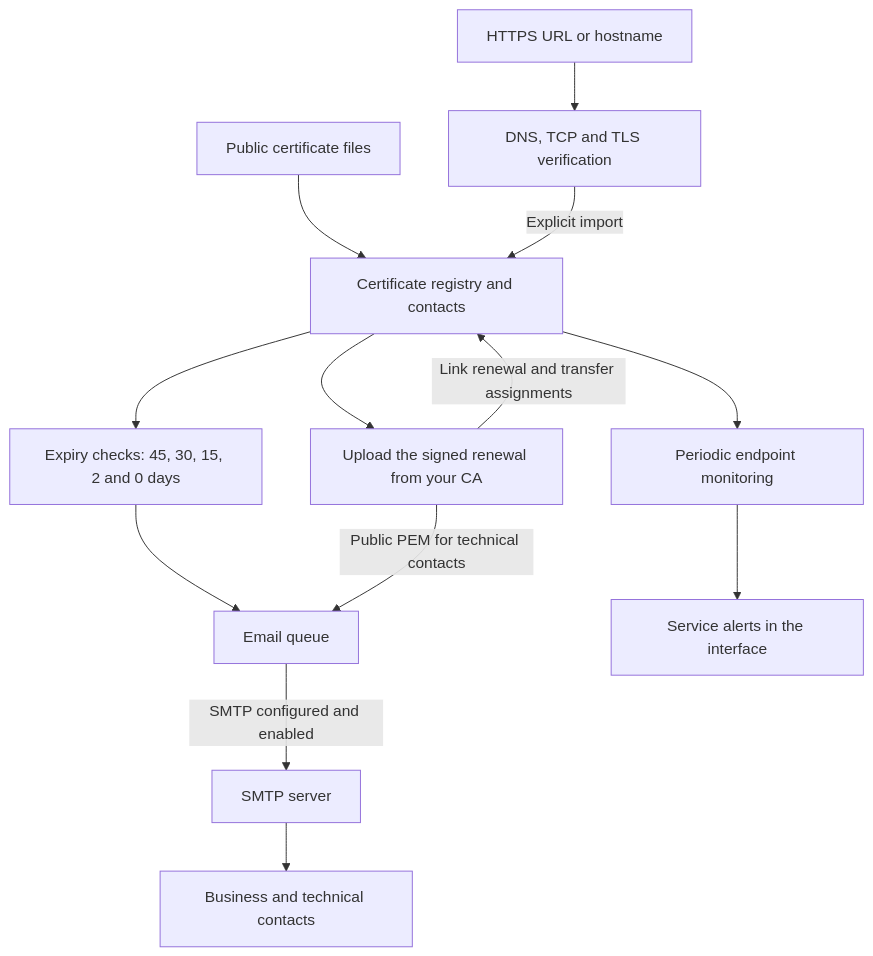
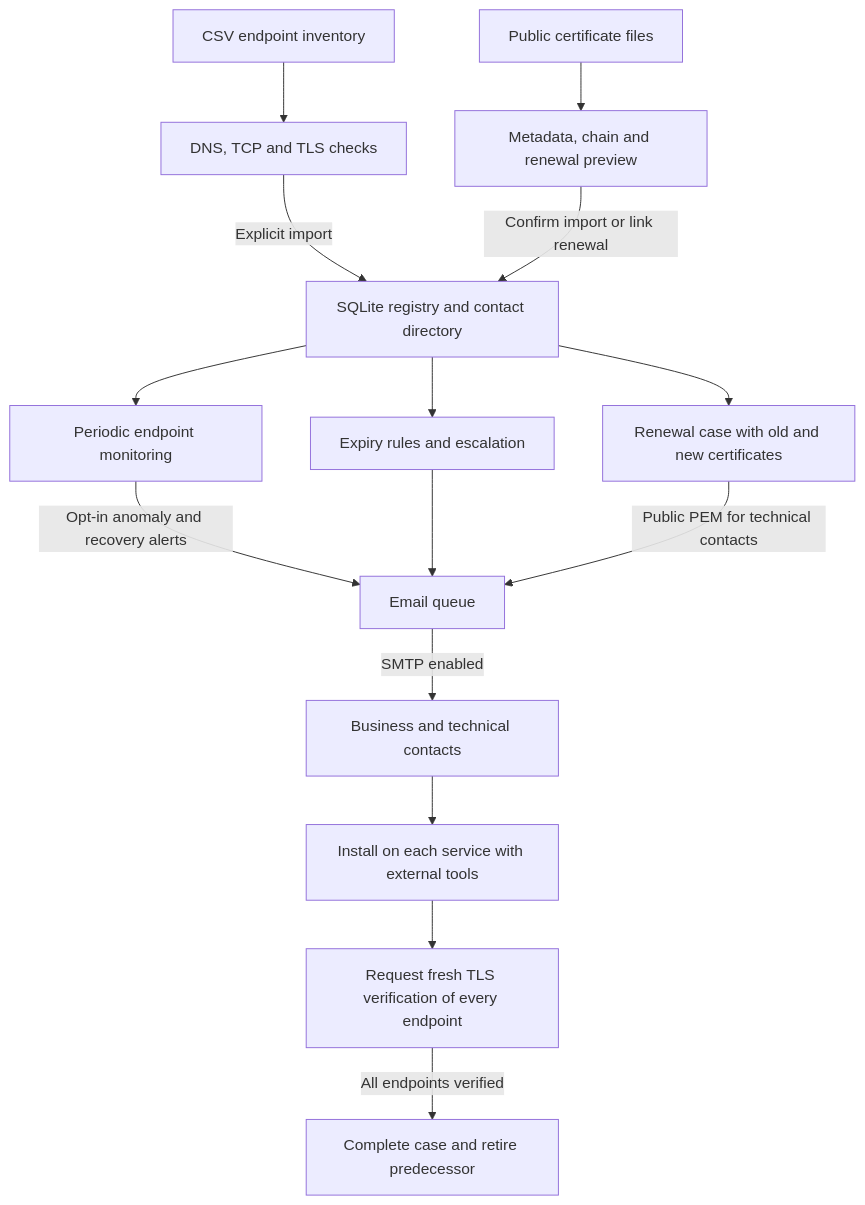
Before and after one commit to GiorgioOppo/Certificate-Manager: the diagram in README.md, drawn with Mermaid. The commit also changed other lines of this file and 37 other files, not shown here.

Commit message:
Add guided imports, shared contacts and verified renewal workflows

````diff
--- a/README.md
+++ b/README.md
@@ -25,15 +28,17 @@
 ```mermaid
 flowchart TD
-    Files["Public certificate files"] --> Registry["Certificate registry and contacts"]
-    Endpoint["HTTPS URL or hostname"] --> Check["DNS, TCP and TLS verification"]
-    Check -->|Explicit import| Registry
-    Registry --> Expiry["Expiry checks: 45, 30, 15, 2 and 0 days"]
-    Expiry --> Queue["Email queue"]
+    Files["Public certificate files"] --> Preview["Metadata, chain and renewal preview"]
+    CSV["CSV endpoint inventory"] --> Check["DNS, TCP and TLS checks"]
+    Check -->|Explicit import| Registry["SQLite registry and contact directory"]
+    Preview -->|Confirm import or link renewal| Registry
+    Registry --> Expiry["Expiry rules and escalation"]
     Registry --> Monitor["Periodic endpoint monitoring"]
-    Monitor --> Alerts["Service alerts in the interface"]
-    Registry --> Renewal["Upload the signed renewal from your CA"]
-    Renewal -->|Link renewal and transfer assignments| Registry
+    Monitor -->|Opt-in anomaly and recovery alerts| Queue["Email queue"]
+    Expiry --> Queue
+    Registry --> Renewal["Renewal case with old and new certificates"]
     Renewal -->|Public PEM for technical contacts| Queue
-    Queue -->|SMTP configured and enabled| SMTP["SMTP server"]
-    SMTP --> People["Business and technical contacts"]
+    Queue -->|SMTP enabled| People["Business and technical contacts"]
+    People --> Install["Install on each service with external tools"]
+    Install --> Verify["Request fresh TLS verification of every endpoint"]
+    Verify -->|All endpoints verified| Finish["Complete case and retire predecessor"]
 ```
````
